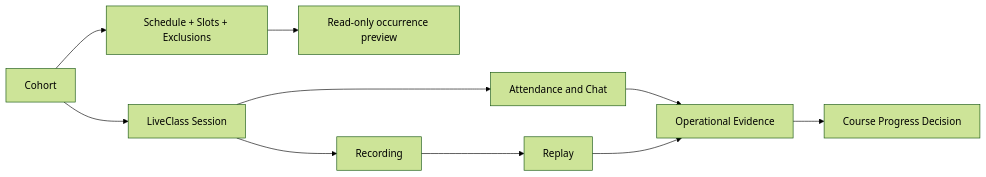
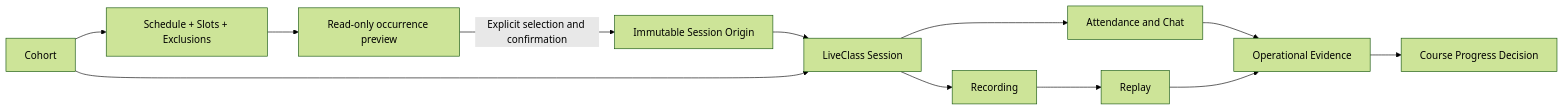
Before and after one commit to tiemtt-ai/lf: the second of 2 diagrams in docs/database/liveclass/README.md, drawn with Mermaid (forest theme). The commit also changed other lines of this file and 28 other files, not shown here.

````diff
--- a/docs/database/liveclass/README.md
+++ b/docs/database/liveclass/README.md
@@ -86,12 +89,14 @@
 ```mermaid
 flowchart LR
     A[Cohort] --> B[Schedule + Slots + Exclusions]
     B --> P[Read-only occurrence preview]
+    P -->|Explicit selection and confirmation| O[Immutable Session Origin]
+    O --> C
     A --> C[LiveClass Session]
     C --> D[Attendance and Chat]
     C --> E[Recording]
     E --> F[Replay]
     D --> G[Operational Evidence]
     F --> G
     G --> H[Course Progress Decision]
 ```
````
